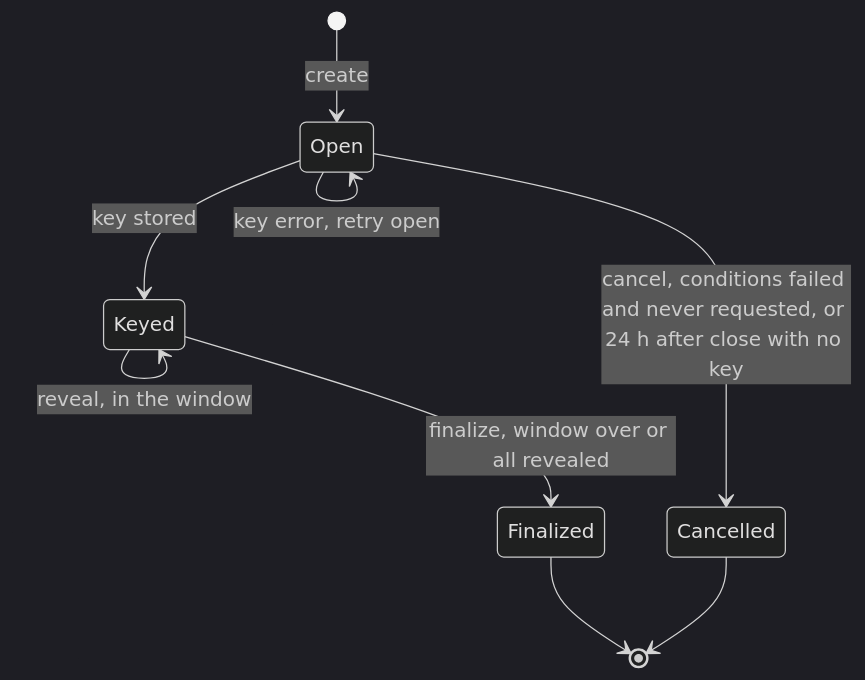
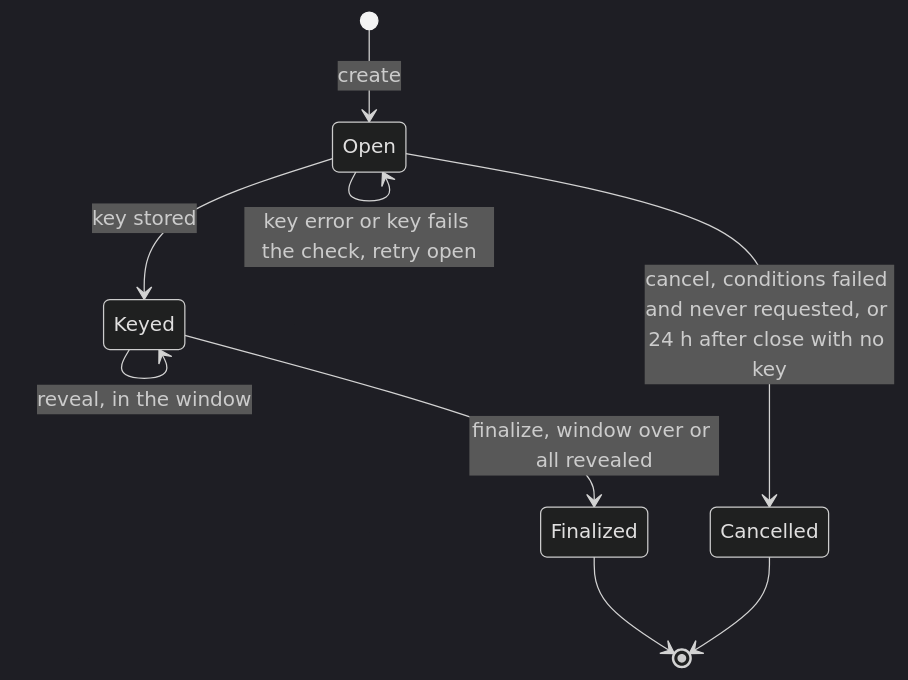
The seventh of 8 diagrams in README.md (kocality/tender), drawn with Mermaid (dark theme) before and after one commit. The commit also changed other lines of this file and 7 other files, not shown here.

Commit message:
docs(readme): RC3 testnet steps, double-bid wording, key check and X12A-04 claims, new lint rules and tests

````diff
--- a/README.md
+++ b/README.md
@@ -214,11 +215,11 @@
 ```mermaid
 stateDiagram-v2
   [*] --> Open: create
-  Open --> Open: key error, retry open
+  Open --> Open: key error or key fails the check, retry open
   Open --> Keyed: key stored
   Keyed --> Keyed: reveal, in the window
   Keyed --> Finalized: finalize, window over or all revealed
   Open --> Cancelled: cancel, conditions failed and never requested, or 24 h after close with no key
   Finalized --> [*]
   Cancelled --> [*]
 ```
````
